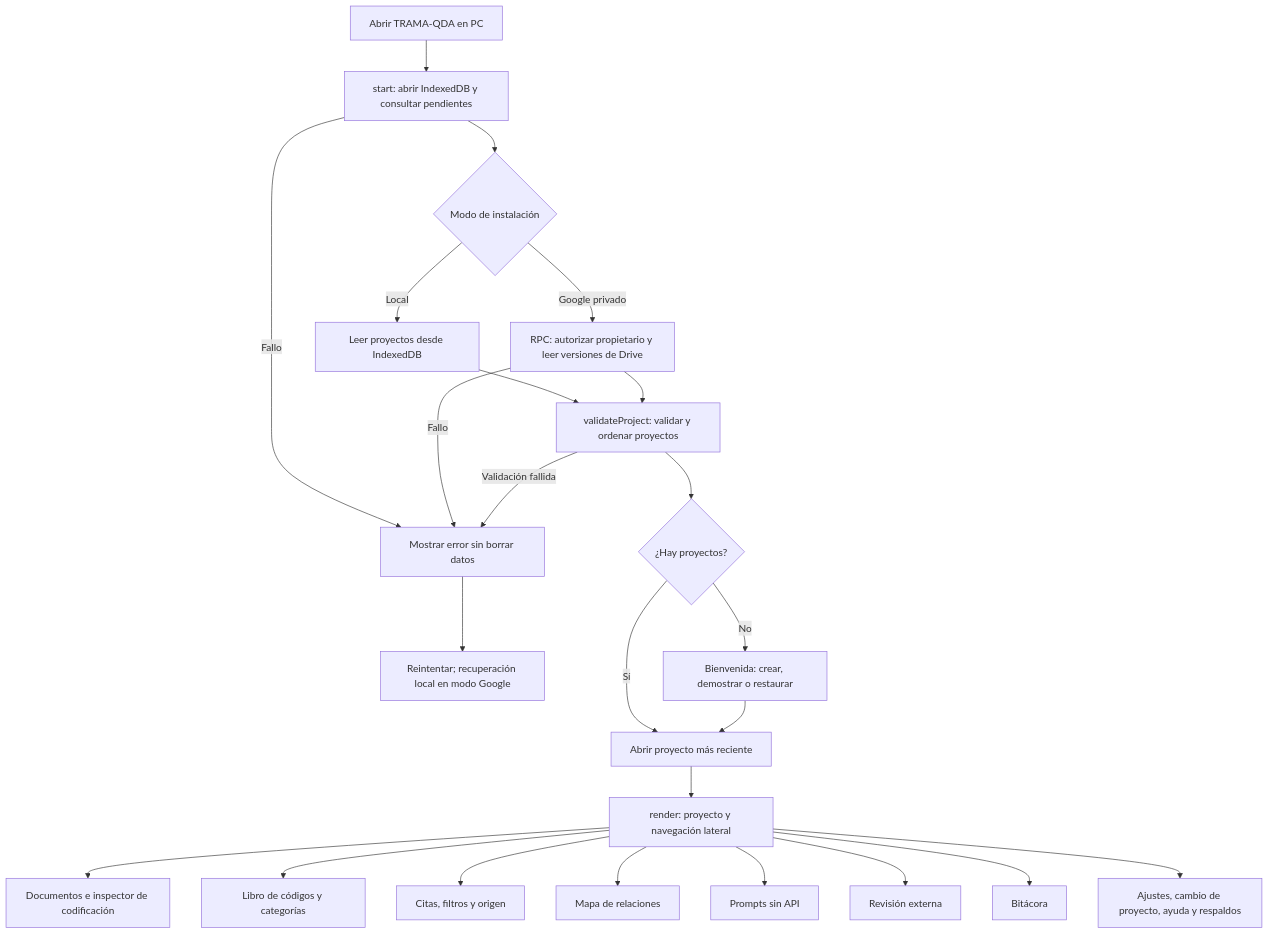
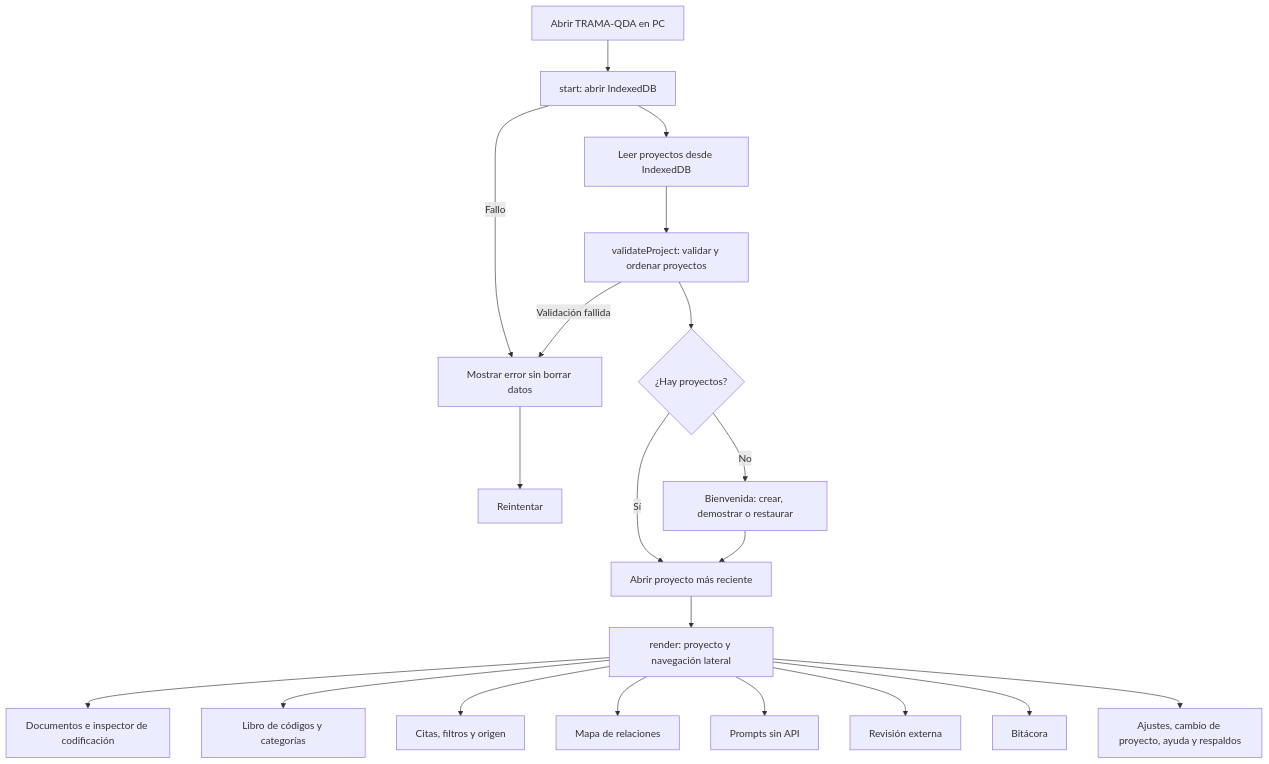
Before and after one commit to estebancofre-coy/trama-cualitativa: the first of 7 diagrams in README.md, drawn with Mermaid. The commit also changed other lines of this file and 15 other files, not shown here.

````diff
--- a/README.md
+++ b/README.md
@@ -189,26 +185,22 @@
 ```mermaid
 flowchart TD
-	A["Abrir TRAMA-QDA en PC"] --> B["start: abrir IndexedDB y consultar pendientes"]
-	B --> C{"Modo de instalación"}
-	C -->|Local| D["Leer proyectos desde IndexedDB"]
-	C -->|Google privado| E["RPC: autorizar propietario y leer versiones de Drive"]
+	A["Abrir TRAMA-QDA en PC"] --> B["start: abrir IndexedDB"]
+	B --> D["Leer proyectos desde IndexedDB"]
 	D --> F["validateProject: validar y ordenar proyectos"]
-	E --> F
 	B -->|Fallo| G["Mostrar error sin borrar datos"]
-	E -->|Fallo| G
 	F -->|Validación fallida| G
-	G --> H["Reintentar; recuperación local en modo Google"]
+	G --> H["Reintentar"]
 	F --> I{"¿Hay proyectos?"}
 	I -->|No| J["Bienvenida: crear, demostrar o restaurar"]
 	I -->|Sí| K["Abrir proyecto más reciente"]
 	J --> K
 	K --> L["render: proyecto y navegación lateral"]
 	L --> M["Documentos e inspector de codificación"]
 	L --> N["Libro de códigos y categorías"]
 	L --> O["Citas, filtros y origen"]
 	L --> P["Mapa de relaciones"]
 	L --> Q["Prompts sin API"]
 	L --> R["Revisión externa"]
 	L --> S["Bitácora"]
 	L --> T["Ajustes, cambio de proyecto, ayuda y respaldos"]
 ```
````
